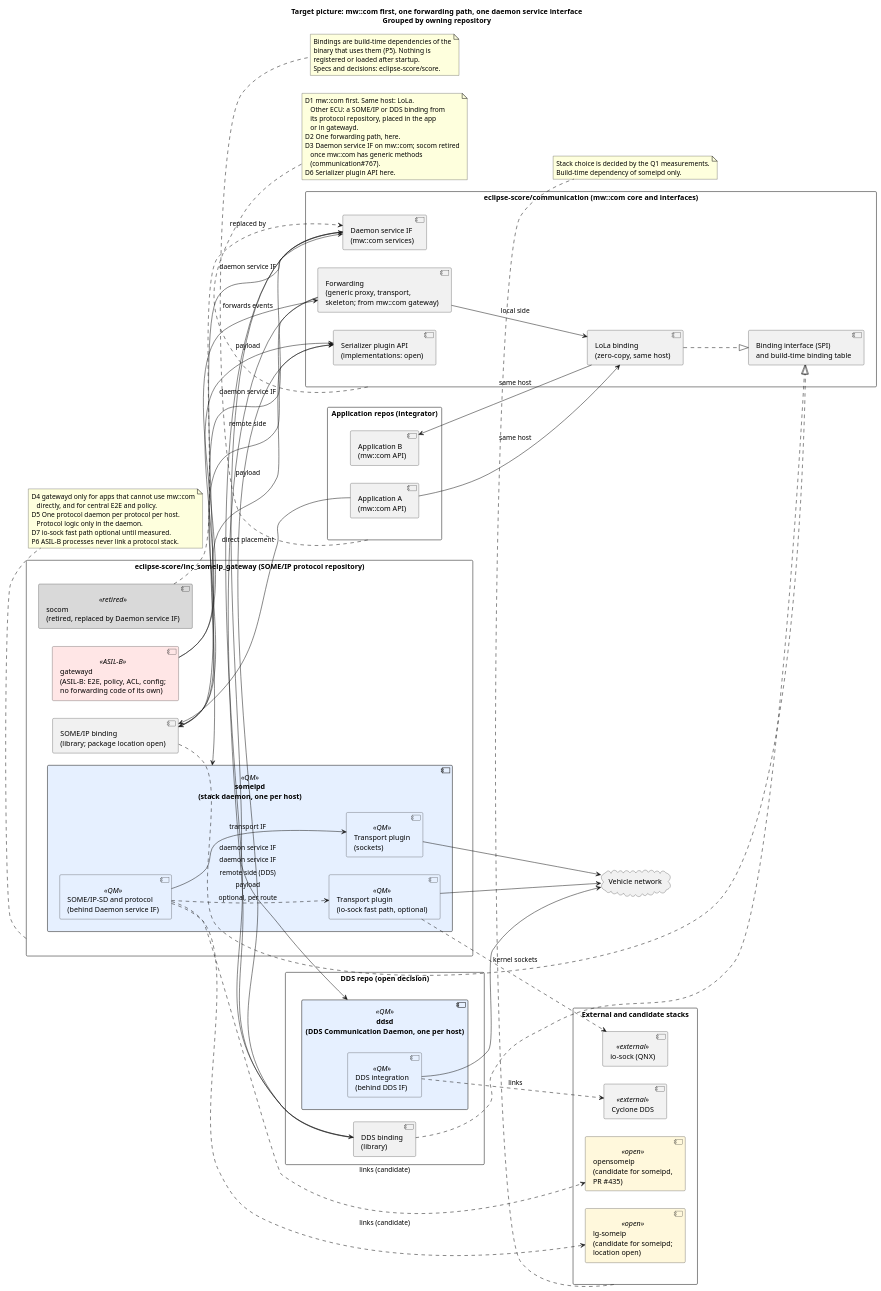
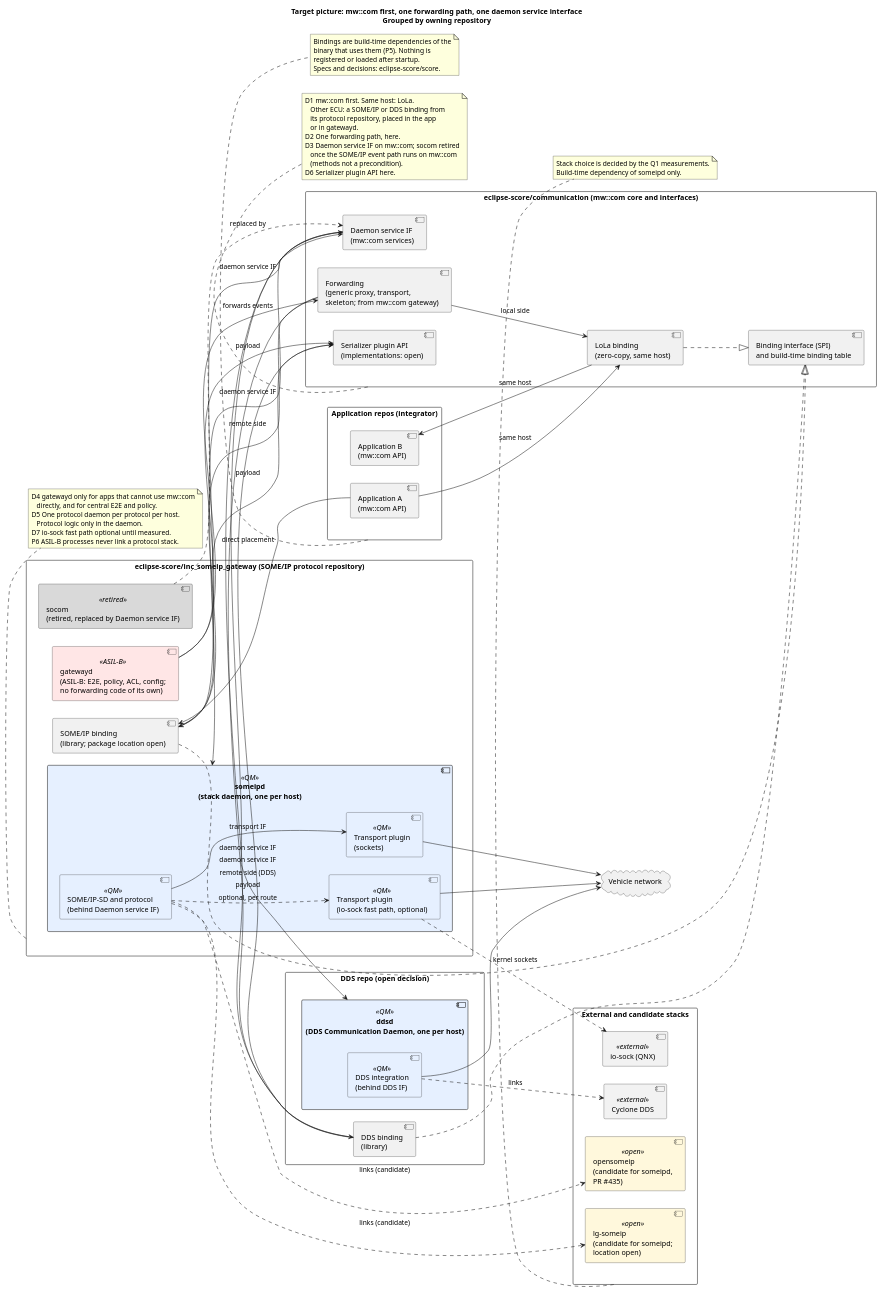
Before and after one commit to eclipse-score/score: the diagram in docs/design_decisions/architecture/_assets/DR-010-arch-target_component.puml, drawn with PlantUML. The commit also changed 2 other files, not shown here.

Commit message:
docs(dr): DR-010-arch drop generic methods as socom precondition
Methods are not used on the SOME/IP path: someipd and gatewayd stub
on_method_call, and gateway_ipc_binding forwards no method calls. The
generic mw::com API has events and fields only.

socom is removed once the daemon service interface and the SOME/IP
event path run on mw::com. A SOME/IP header followed by the payload in
one generic event slot is supported by the API but untested, so a
Phase 2 spike gates the removal.

communication#767 is about nested method calls in callbacks and was
cited for generic methods without support. Removed.

```diff
--- a/docs/design_decisions/architecture/_assets/DR-010-arch-target_component.puml
+++ b/docs/design_decisions/architecture/_assets/DR-010-arch-target_component.puml
@@ -1,121 +1,121 @@
 @startuml DR-010-arch-target_component
 title Target picture: mw::com first, one forwarding path, one daemon service interface\nGrouped by owning repository
 
 left to right direction
 skinparam componentStyle uml2
 skinparam packageStyle rectangle
 skinparam component {
   BackgroundColor<<ASIL-B>> #FFE6E6
   BackgroundColor<<QM>> #E6F0FF
   BackgroundColor<<external>> #F2F2F2
   BackgroundColor<<open>> #FFF8DC
   BackgroundColor<<retired>> #D9D9D9
 }
 
 package "Application repos (integrator)" as APPS {
   component "Application A\n(mw::com API)" as AppA
   component "Application B\n(mw::com API)" as AppB
 }
 
 package "eclipse-score/communication (mw::com core and interfaces)" as COM {
   component "LoLa binding\n(zero-copy, same host)" as Lola
   component "Binding interface (SPI)\nand build-time binding table" as Spi
   component "Serializer plugin API\n(implementations: open)" as SerApi
   component "Forwarding\n(generic proxy, transport,\nskeleton; from mw::com gateway)" as Fwd
   component "Daemon service IF\n(mw::com services)" as DIF
 }
 
 package "eclipse-score/inc_someip_gateway (SOME/IP protocol repository)" as GWR {
   component "SOME/IP binding\n(library; package location open)" as SomeBind
   component "gatewayd\n(ASIL-B: E2E, policy, ACL, config;\nno forwarding code of its own)" as GW <<ASIL-B>>
   component "socom\n(retired, replaced by Daemon service IF)" as Socom <<retired>>
   component "someipd\n(stack daemon, one per host)" as SomeIPD <<QM>> {
     component "SOME/IP-SD and protocol\n(behind Daemon service IF)" as Proto <<QM>>
     component "Transport plugin\n(sockets)" as Sock <<QM>>
     component "Transport plugin\n(io-sock fast path, optional)" as Fast <<QM>>
   }
 }
 
 package "DDS repo (open decision)" as DDSR {
   component "DDS binding\n(library)" as DdsBind
   component "ddsd\n(DDS Communication Daemon, one per host)" as DDSD <<QM>> {
     component "DDS integration\n(behind DDS IF)" as DDSI <<QM>>
   }
 }
 
 package "External and candidate stacks" as EXT {
   component "lg-someip\n(candidate for someipd;\nlocation open)" as LG <<open>>
   component "opensomeip\n(candidate for someipd,\nPR #435)" as OSI <<open>>
   component "io-sock (QNX)" as IOS <<external>>
   component "Cyclone DDS" as CYC <<external>>
 }
 
 cloud "Vehicle network" as Net
 
 AppA --> Lola : same host
 AppA --> SomeBind : direct placement
 Lola --> AppB : same host
 
 Lola ..|> Spi
 SomeBind ..|> Spi
 DdsBind ..|> Spi
 
 GW --> Fwd : forwards events
 Fwd --> Lola : local side
 Fwd --> SomeBind : remote side
 Fwd --> DdsBind : remote side (DDS)
 GW --> SerApi : payload
 SomeBind --> SerApi : payload
 DdsBind --> SerApi : payload
 
 SomeBind --> DIF : daemon service IF
 DdsBind --> DIF : daemon service IF
 DIF --> SomeIPD : daemon service IF
 DIF --> DDSD : daemon service IF
 
 Socom ..> DIF : replaced by
 
 Proto ..> LG : links (candidate)
 Proto ..> OSI : links (candidate)
 Proto --> Sock : transport IF
 Proto ..> Fast : optional, per route
 Fast ..> IOS : kernel sockets
 DDSI ..> CYC : links
 
 Sock --> Net
 Fast --> Net
 DDSI --> Net
 
 note bottom of COM
   D1 mw::com first. Same host: LoLa.
      Other ECU: a SOME/IP or DDS binding from
      its protocol repository, placed in the app
      or in gatewayd.
   D2 One forwarding path, here.
   D3 Daemon service IF on mw::com; socom retired
-     once mw::com has generic methods
-     (communication#767).
+     once the SOME/IP event path runs on mw::com
+     (methods not a precondition).
   D6 Serializer plugin API here.
 end note
 
 note bottom of GWR
   D4 gatewayd only for apps that cannot use mw::com
      directly, and for central E2E and policy.
   D5 One protocol daemon per protocol per host.
      Protocol logic only in the daemon.
   D7 io-sock fast path optional until measured.
   P6 ASIL-B processes never link a protocol stack.
 end note
 
 note bottom of EXT
   Stack choice is decided by the Q1 measurements.
   Build-time dependency of someipd only.
 end note
 
 note bottom of APPS
   Bindings are build-time dependencies of the
   binary that uses them (P5). Nothing is
   registered or loaded after startup.
   Specs and decisions: eclipse-score/score.
 end note
 @enduml
```
